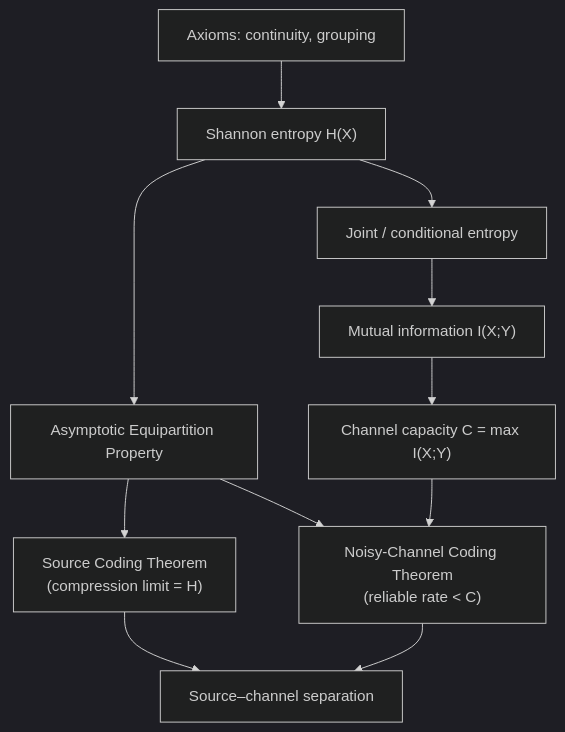
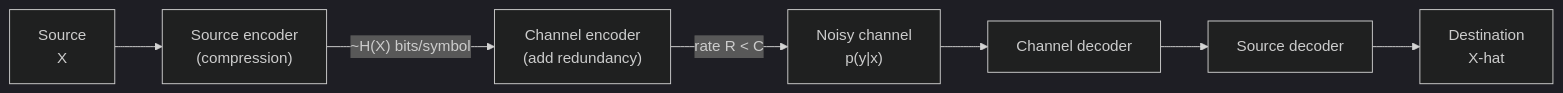
The first of 4 diagrams in github-pages/docs/advanced/information-coding-theory.md (AndrewAltimit/Documentation), drawn with Mermaid (dark theme) before and after one commit. The commit also changed other lines of this file and 240 other files, not shown here.

````diff
--- a/github-pages/docs/advanced/information-coding-theory.md
+++ b/github-pages/docs/advanced/information-coding-theory.md
@@ -30,13 +26,9 @@
 ```mermaid
-flowchart TD
-    AX["Axioms: continuity, grouping"] --> H["Shannon entropy H(X)"]
-    H --> JC["Joint / conditional entropy"]
-    JC --> MI["Mutual information I(X;Y)"]
-    H --> AEP["Asymptotic Equipartition Property"]
-    AEP --> SCT["Source Coding Theorem<br/>(compression limit = H)"]
-    MI --> CC["Channel capacity C = max I(X;Y)"]
-    AEP --> NCT["Noisy-Channel Coding Theorem<br/>(reliable rate &lt; C)"]
-    CC --> NCT
-    SCT --> SEP["Source–channel separation"]
-    NCT --> SEP
+flowchart LR
+    S["Source<br/>X"] --> SE["Source encoder<br/>(compression)"]
+    SE -- "~H(X) bits/symbol" --> CE["Channel encoder<br/>(add redundancy)"]
+    CE -- "rate R < C" --> CH["Noisy channel<br/>p(y|x)"]
+    CH --> CD["Channel decoder"]
+    CD --> SD["Source decoder"]
+    SD --> D["Destination<br/>X-hat"]
 ```
````
